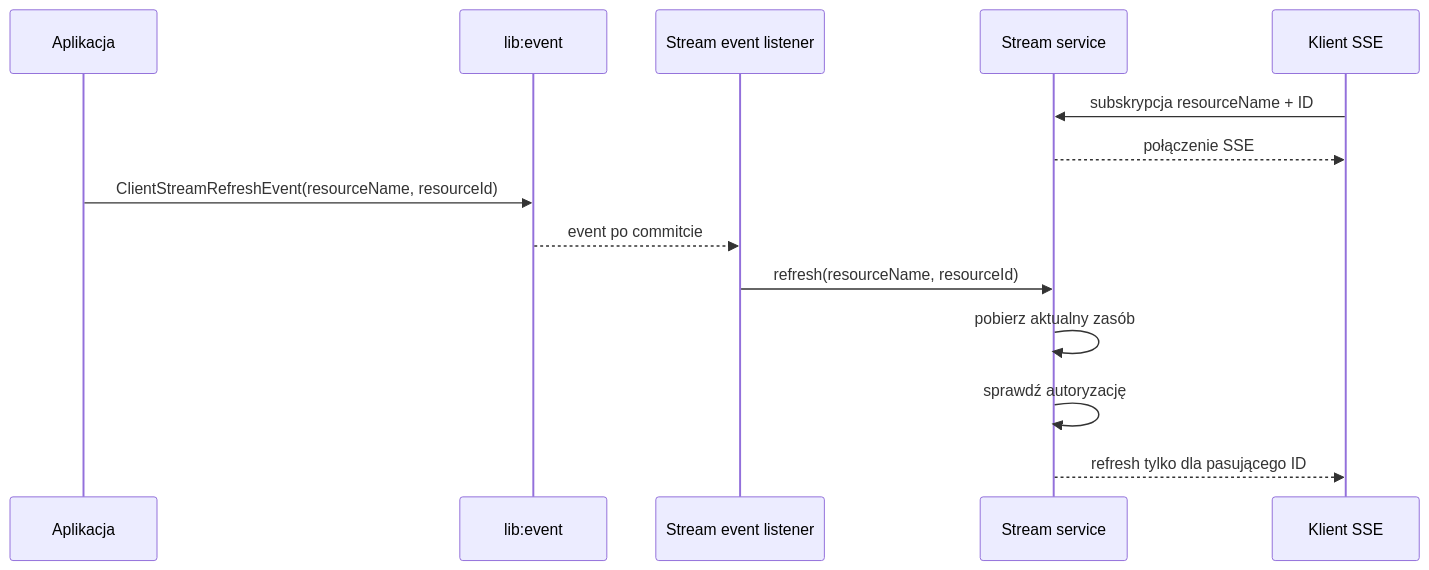
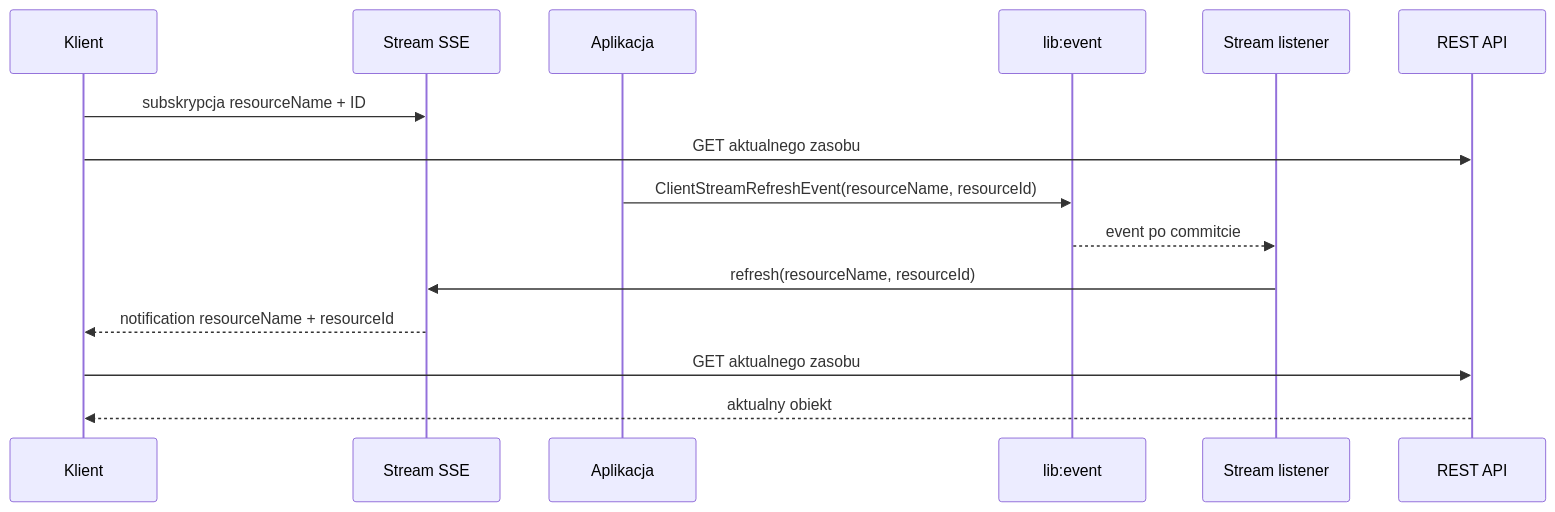
The diagram in docs/libraries/stream.md (KNOSERO/core_java_ravcube), drawn with Mermaid before and after one commit. The commit also changed other lines of this file, not shown here.

Commit message:
Make stream SSE a refresh notification channel

````diff
--- a/docs/libraries/stream.md
+++ b/docs/libraries/stream.md
@@ -167,17 +125,18 @@
 ```mermaid
 sequenceDiagram
+  participant Client as Klient
+  participant SSE as Stream SSE
   participant App as Aplikacja
   participant Event as lib:event
-  participant Listener as Stream event listener
-  participant Service as Stream service
-  participant Client as Klient SSE
+  participant Listener as Stream listener
+  participant API as REST API
 
-  Client->>Service: subskrypcja resourceName + ID
-  Service-->>Client: połączenie SSE
+  Client->>SSE: subskrypcja resourceName + ID
+  Client->>API: GET aktualnego zasobu
   App->>Event: ClientStreamRefreshEvent(resourceName, resourceId)
   Event-->>Listener: event po commitcie
-  Listener->>Service: refresh(resourceName, resourceId)
-  Service->>Service: pobierz aktualny zasób
-  Service->>Service: sprawdź autoryzację
-  Service-->>Client: refresh tylko dla pasującego ID
+  Listener->>SSE: refresh(resourceName, resourceId)
+  SSE-->>Client: notification resourceName + resourceId
+  Client->>API: GET aktualnego zasobu
+  API-->>Client: aktualny obiekt
 ```
````
